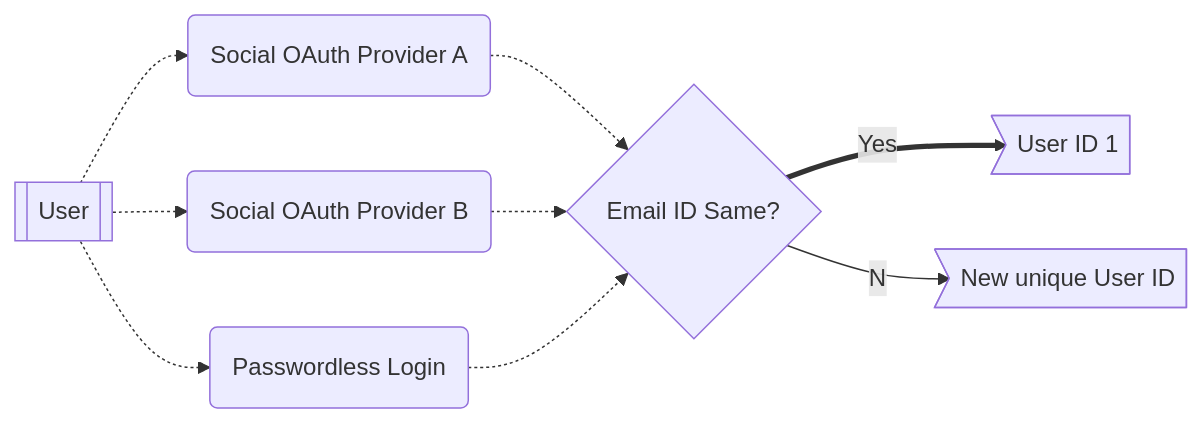
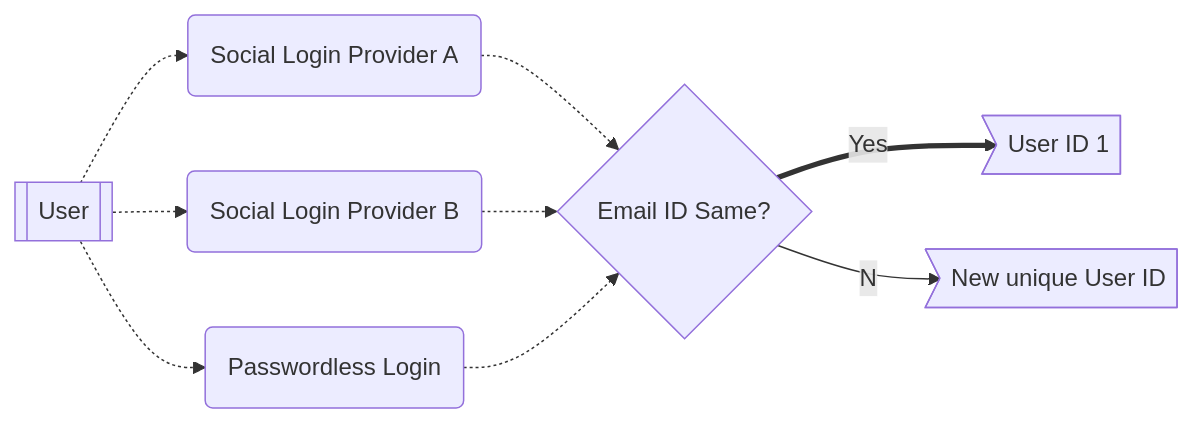
The diagram in docs/concepts/authtype/aggregatelogin.md (arcana-network/docs.arcana), drawn with Mermaid before and after one commit. The commit also changed other lines of this file and 46 other files, not shown here.

Commit message:
Replace social oauth providers -> social login providers

````diff
--- a/docs/concepts/authtype/aggregatelogin.md
+++ b/docs/concepts/authtype/aggregatelogin.md
@@ -18,7 +18,7 @@
 ```mermaid
 graph LR
-  A\[[User]] -.-> B(Social OAuth Provider A) -.-> E{Email ID Same?} ==Yes==> F>User ID 1];
+  A\[[User]] -.-> B(Social Login Provider A) -.-> E{Email ID Same?} ==Yes==> F>User ID 1];
   E{Email ID Same?} ==No==> G>New unique User ID];
-  A\[[User]] -.-> M(Social OAuth Provider B) -.-> E{Email ID Same?};
+  A\[[User]] -.-> M(Social Login Provider B) -.-> E{Email ID Same?};
   A\[[User]] -.-> C(Passwordless Login) -.-> E{Email ID Same?};
 ```
````
